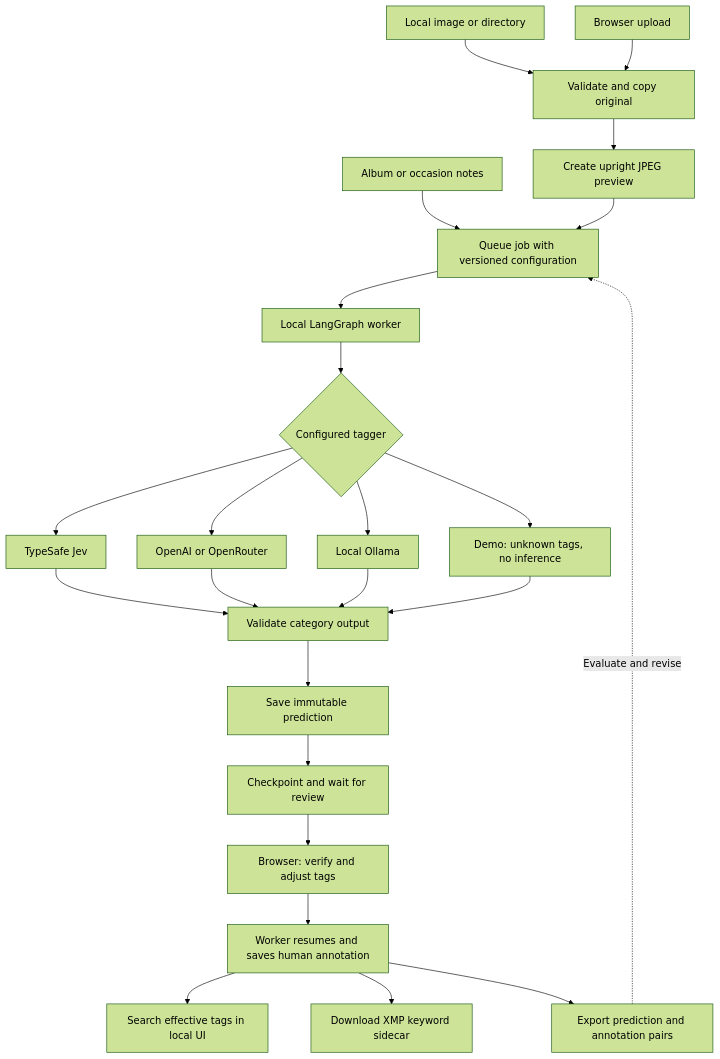
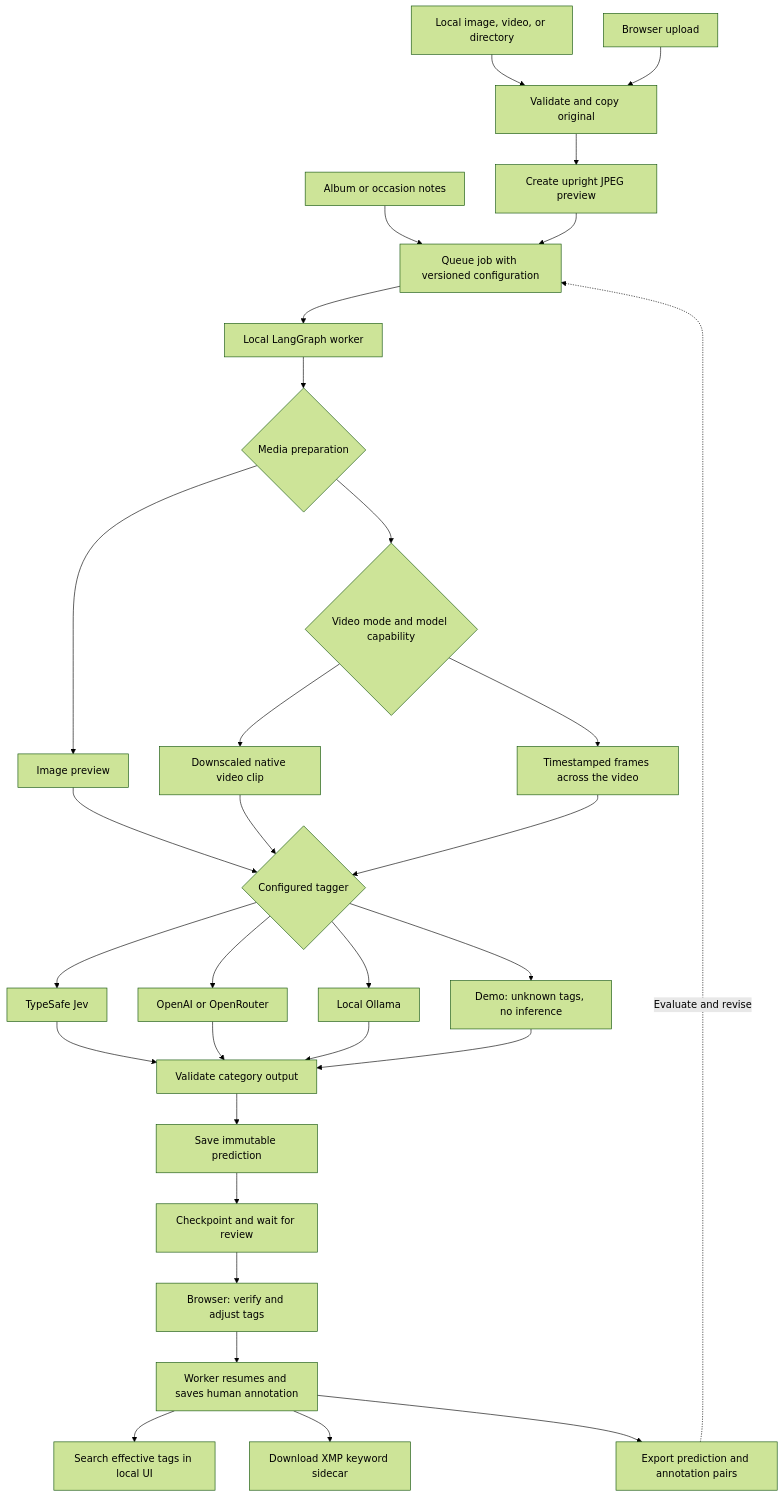
Before and after one commit to skylerroh/photo-metadata-agent: the diagram in README.md, drawn with Mermaid (forest theme). The commit also changed other lines of this file and 30 other files, not shown here.

Commit message:
Add native video and timestamped frame tagging with media preparation tools

````diff
--- a/README.md
+++ b/README.md
@@ -19,26 +19,33 @@
 ```mermaid
 flowchart TD
-    Local[Local image or directory] --> Import[Validate and copy original]
+    Local[Local image, video, or directory] --> Import[Validate and copy original]
     Upload[Browser upload] --> Import
     Import --> Prepare[Create upright JPEG preview]
     Notes[Album or occasion notes] --> Queue
     Prepare --> Queue[Queue job with versioned configuration]
     Queue --> Worker[Local LangGraph worker]
-    Worker --> Provider{Configured tagger}
+    Worker --> Media{Media preparation}
+    Media --> Still[Image preview]
+    Media --> Mode{Video mode and model capability}
+    Mode --> Native[Downscaled native video clip]
+    Mode --> Frames[Timestamped frames across the video]
+    Still --> Provider{Configured tagger}
+    Native --> Provider
+    Frames --> Provider
     Provider --> Jev[TypeSafe Jev]
     Provider --> Chat[OpenAI or OpenRouter]
     Provider --> Ollama[Local Ollama]
     Provider --> Demo[Demo: unknown tags, no inference]
     Jev --> Validate[Validate category output]
     Chat --> Validate
     Ollama --> Validate
     Demo --> Validate
     Validate --> Save[Save immutable prediction]
     Save --> Pause[Checkpoint and wait for review]
     Pause --> UI[Browser: verify and adjust tags]
     UI --> Resume[Worker resumes and saves human annotation]
     Resume --> Search[Search effective tags in local UI]
     Resume --> XMP[Download XMP keyword sidecar]
     Resume --> Evals[Export prediction and annotation pairs]
     Evals -. Evaluate and revise .-> Queue
 ```
````
